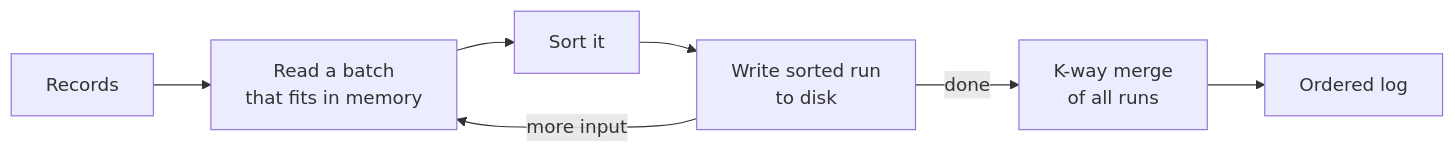
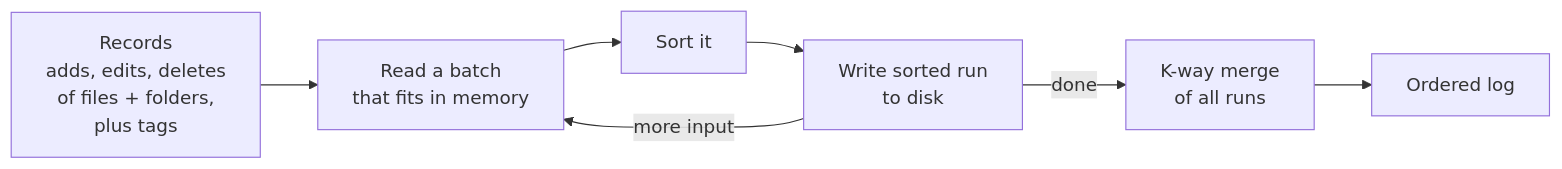
Before and after one commit to adssib/portfolio: the second of 2 diagrams in src/content/writing/starteam-migration.mdx, drawn with Mermaid. The commit also changed other lines of this file and 1 other file, not shown here.

Commit message:
writing: shorter thank-you in the LoRA post; describe records in the StarTeam diagram

````diff
--- a/src/content/writing/starteam-migration.mdx
+++ b/src/content/writing/starteam-migration.mdx
@@ -61,9 +61,9 @@
 ```mermaid
 flowchart LR
-    A[Records] --> B[Read a batch<br/>that fits in memory]
+    A["Records<br/>adds, edits, deletes<br/>of files + folders,<br/>plus tags"] --> B[Read a batch<br/>that fits in memory]
     B --> C[Sort it]
     C --> D[Write sorted run<br/>to disk]
     D -->|more input| B
     D -->|done| E[K-way merge<br/>of all runs]
     E --> F[Ordered log]
 ```
````
